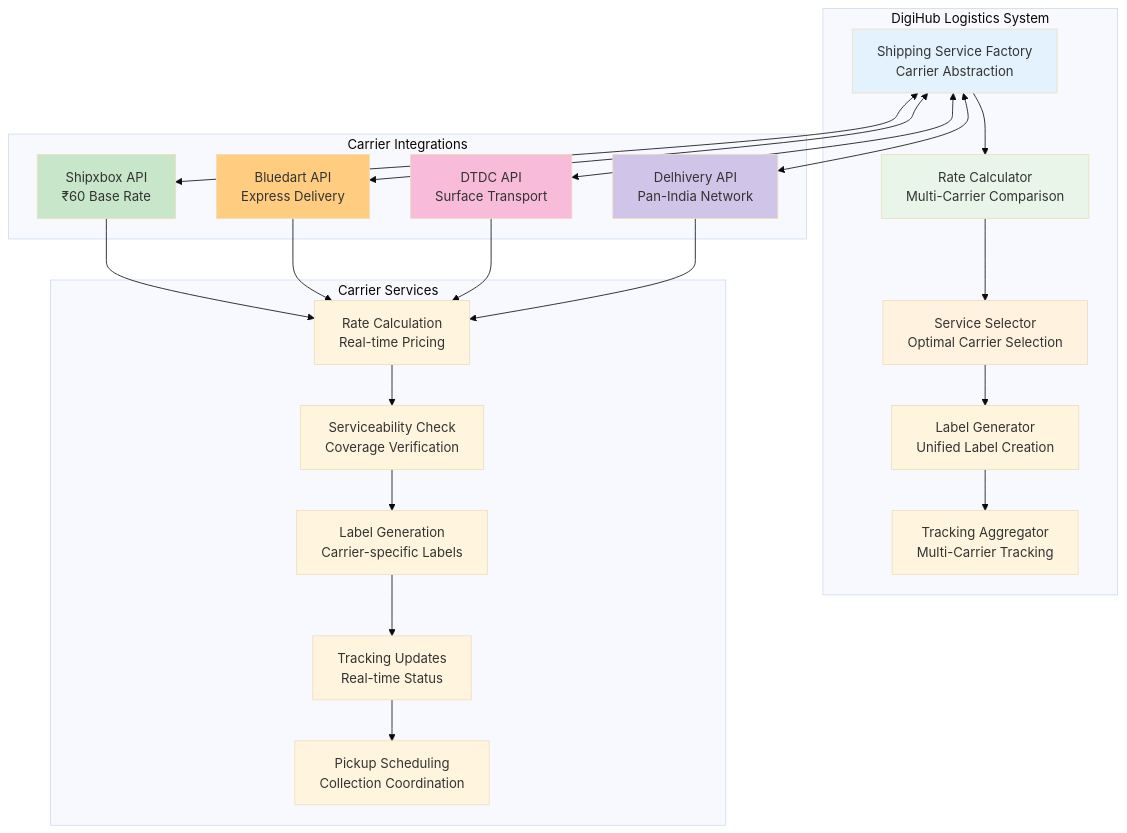
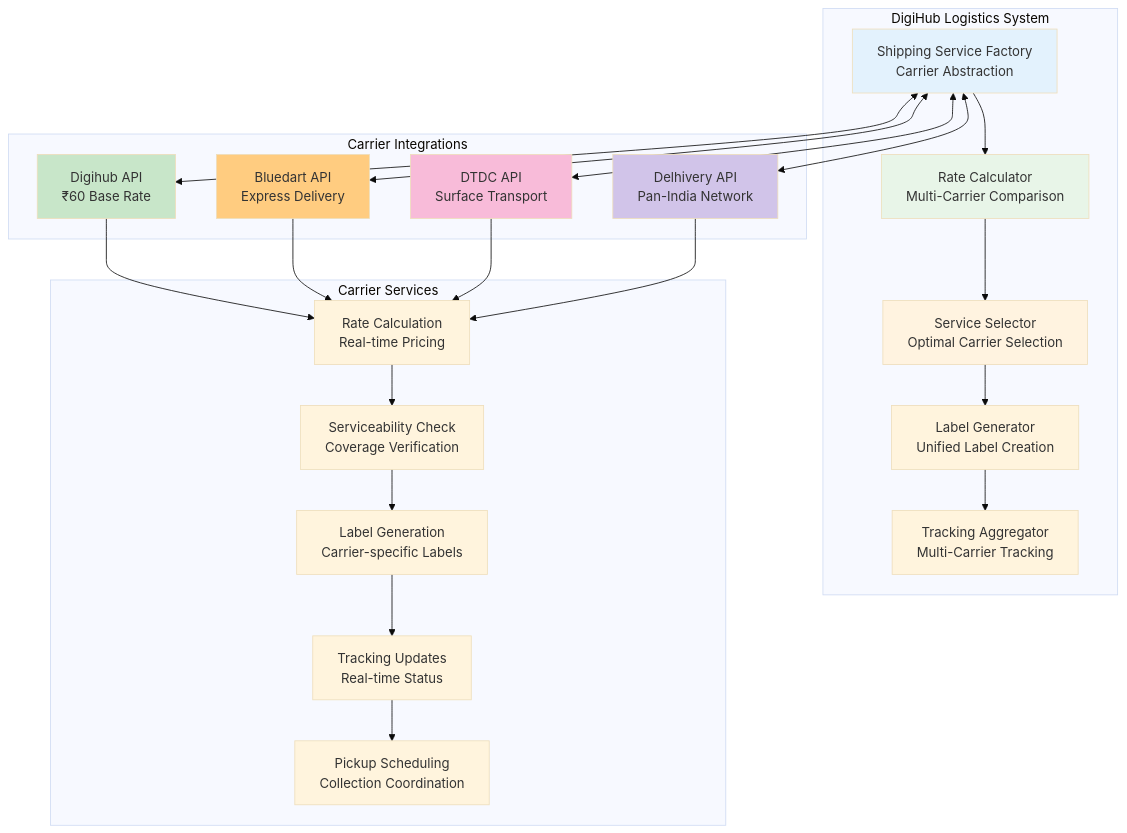
Before and after one commit to sandeepkumar0801/Digihub: diagram 13 of 39 in README.md, drawn with Mermaid (base theme). The commit also changed other lines of this file, not shown here.

````diff
--- a/README.md
+++ b/README.md
@@ -2333,47 +2333,47 @@
 ```mermaid
 graph TD
     subgraph "DigiHub Logistics System"
         A[Shipping Service Factory<br/>Carrier Abstraction]
         B[Rate Calculator<br/>Multi-Carrier Comparison]
         C[Service Selector<br/>Optimal Carrier Selection]
         D[Label Generator<br/>Unified Label Creation]
         E[Tracking Aggregator<br/>Multi-Carrier Tracking]
     end
 
     subgraph "Carrier Integrations"
-        F1[Shipxbox API<br/>₹60 Base Rate]
+        F1[Digihub API<br/>₹60 Base Rate]
         F2[Bluedart API<br/>Express Delivery]
         F3[DTDC API<br/>Surface Transport]
         F4[Delhivery API<br/>Pan-India Network]
     end
 
     subgraph "Carrier Services"
         G1[Rate Calculation<br/>Real-time Pricing]
         G2[Serviceability Check<br/>Coverage Verification]
         G3[Label Generation<br/>Carrier-specific Labels]
         G4[Tracking Updates<br/>Real-time Status]
         G5[Pickup Scheduling<br/>Collection Coordination]
     end
 
     A --> B --> C --> D --> E
 
     A <--> F1
     A <--> F2
     A <--> F3
     A <--> F4
 
     F1 --> G1
     F2 --> G1
     F3 --> G1
     F4 --> G1
 
     G1 --> G2 --> G3 --> G4 --> G5
 
     style A fill:#e3f2fd
     style B fill:#e8f5e8
     style C fill:#fff3e0
     style F1 fill:#c8e6c9
     style F2 fill:#ffcc80
     style F3 fill:#f8bbd9
     style F4 fill:#d1c4e9
 ```
````
